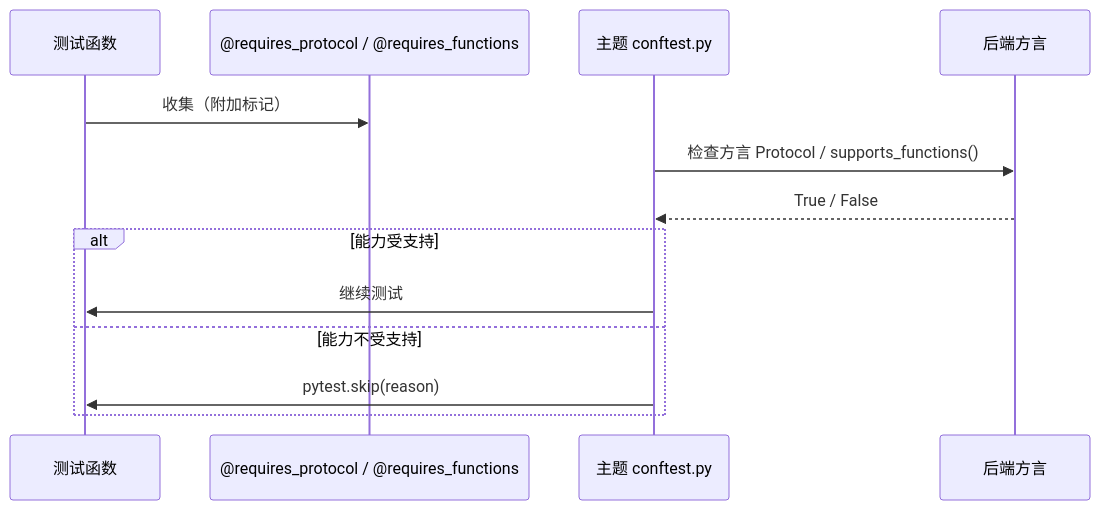
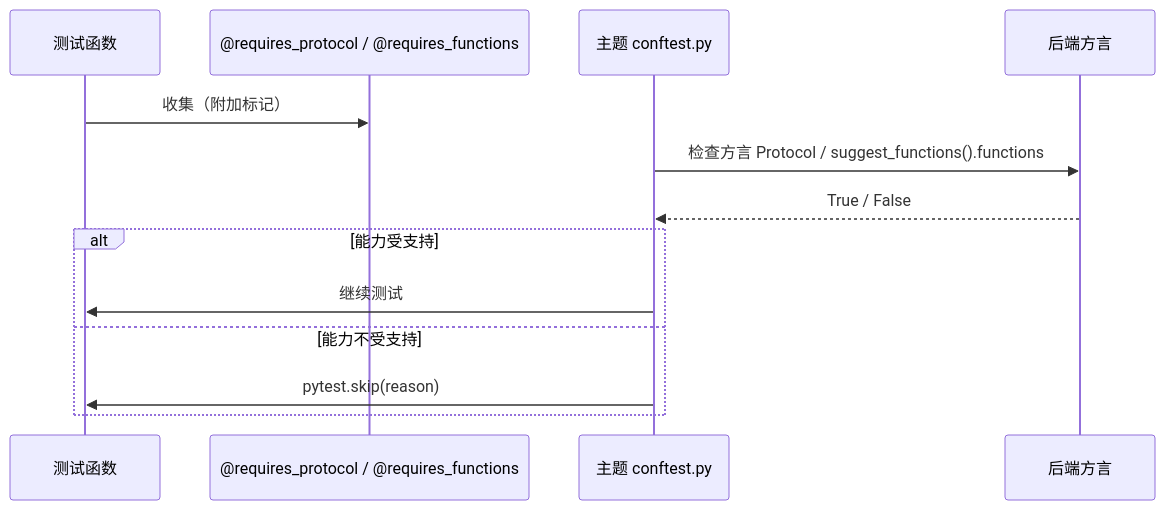
One commit to rhosocial/python-activerecord-testsuite changed the diagram in docs/zh_CN/configuration.md. Above: the diagram before and after it, drawn with Mermaid. The commit also changed other lines of this file and 5 other files, not shown here.

First line of the commit message:
refactor(testsuite): read the function catalogue from suggest_functions()

````diff
--- a/docs/zh_CN/configuration.md
+++ b/docs/zh_CN/configuration.md
@@ -173,17 +173,17 @@
 ```mermaid
 sequenceDiagram
     participant Test as 测试函数
     participant Marker as @requires_protocol / @requires_functions
     participant Conftest as 主题 conftest.py
     participant Dialect as 后端方言
     
     Test->>Marker: 收集（附加标记）
-    Conftest->>Dialect: 检查方言 Protocol / supports_functions()
+    Conftest->>Dialect: 检查方言 Protocol / suggest_functions().functions
     Dialect-->>Conftest: True / False
     
     alt 能力受支持
         Conftest->>Test: 继续测试
     else 能力不受支持
         Conftest->>Test: pytest.skip(reason)
     end
 ```
````
